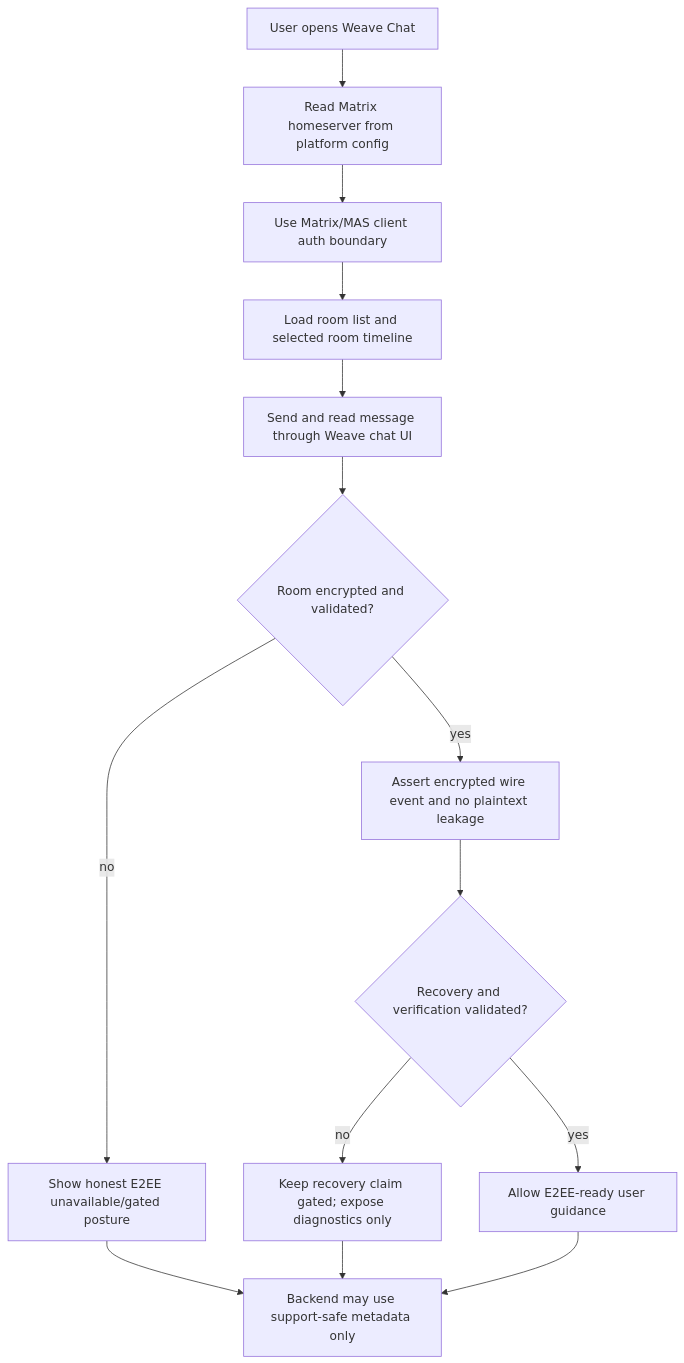
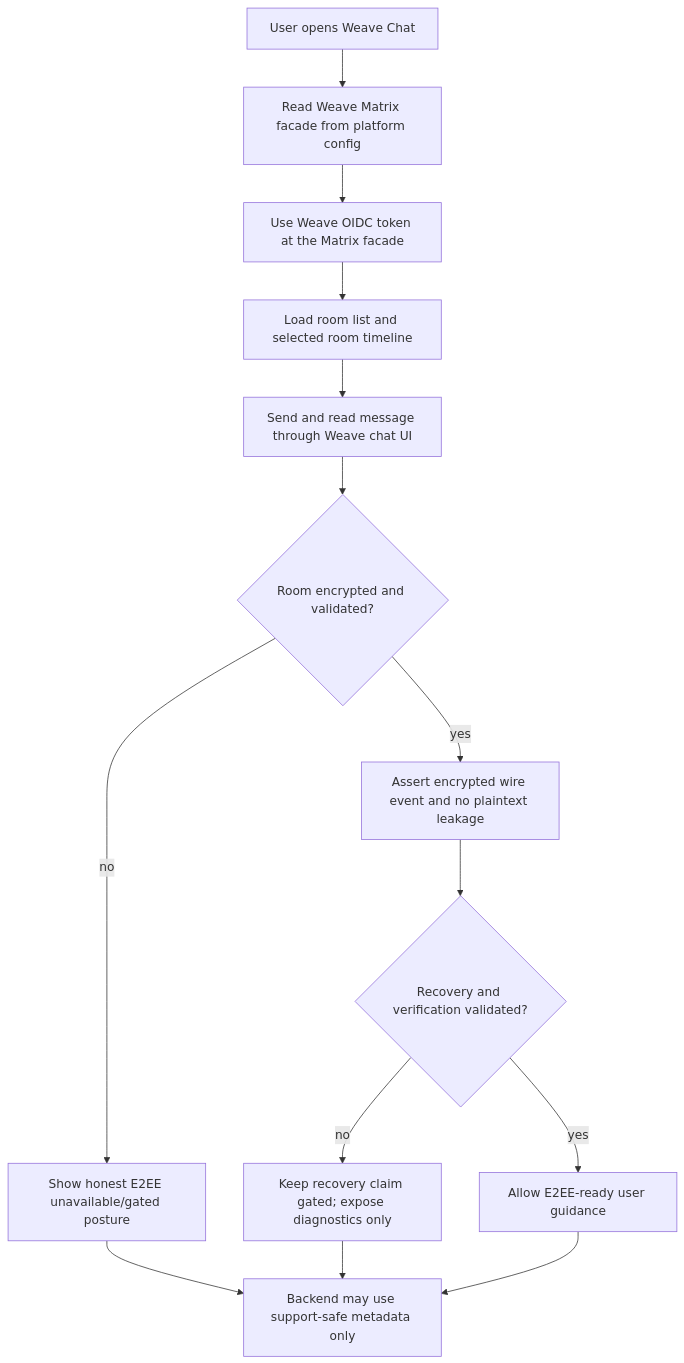
The third of 7 diagrams in docs/product-flow-activity-diagrams.md (masssi164/weave), drawn with Mermaid before and after one commit. The commit also changed 42 other files, not shown here.

````diff
--- a/docs/product-flow-activity-diagrams.md
+++ b/docs/product-flow-activity-diagrams.md
@@ -59,16 +59,16 @@
 ```mermaid
 flowchart TD
-  A[User opens Weave Chat] --> B[Read Matrix homeserver from platform config]
-  B --> C[Use Matrix/MAS client auth boundary]
+  A[User opens Weave Chat] --> B[Read Weave Matrix facade from platform config]
+  B --> C[Use Weave OIDC token at the Matrix facade]
   C --> D[Load room list and selected room timeline]
   D --> E[Send and read message through Weave chat UI]
   E --> F{Room encrypted and validated?}
   F -- no --> G[Show honest E2EE unavailable/gated posture]
   F -- yes --> H[Assert encrypted wire event and no plaintext leakage]
   H --> I{Recovery and verification validated?}
   I -- no --> J[Keep recovery claim gated; expose diagnostics only]
   I -- yes --> K[Allow E2EE-ready user guidance]
   G --> L[Backend may use support-safe metadata only]
   J --> L
   K --> L
 ```
````
